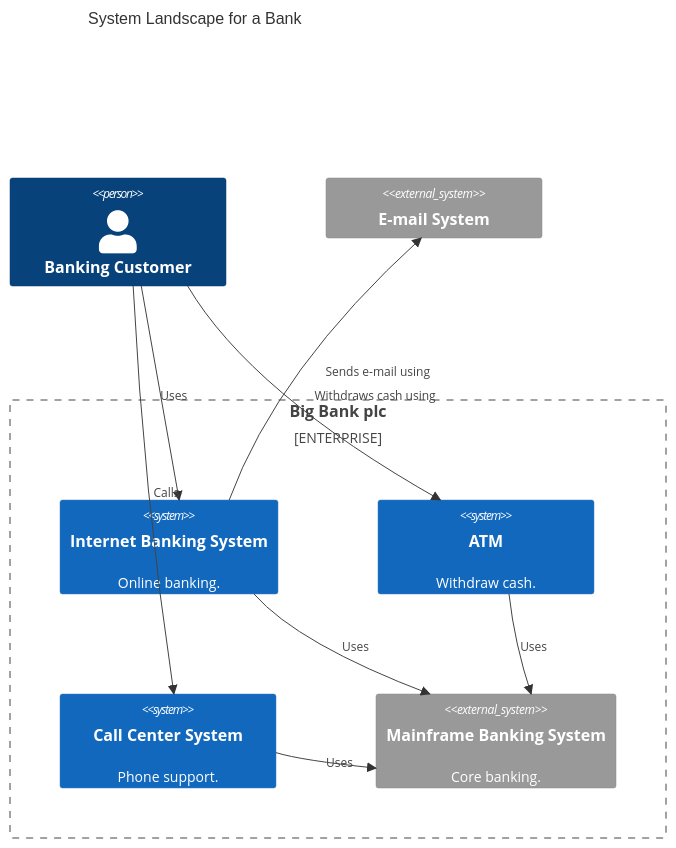
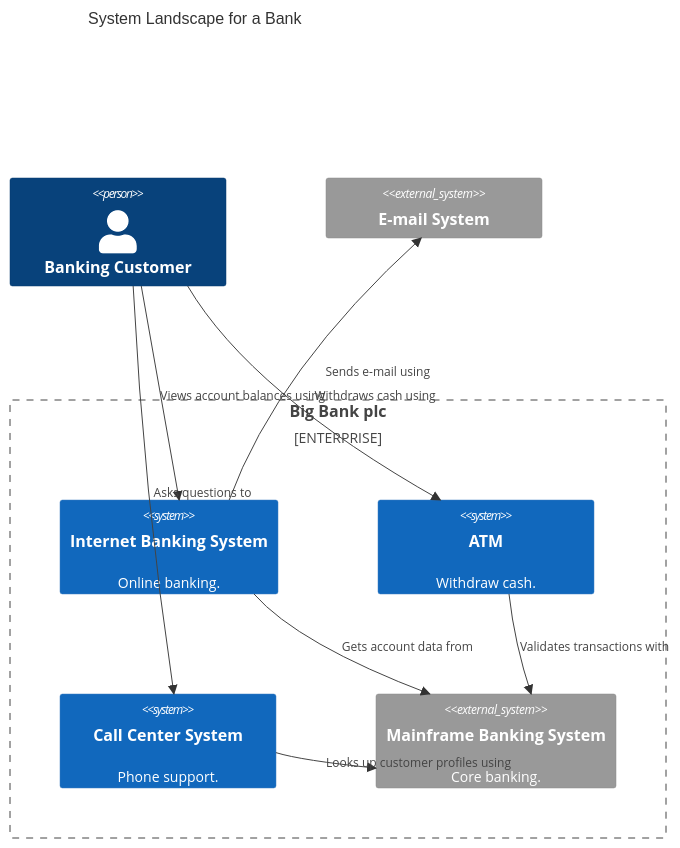
One commit to muthub-ai/c4-skills changed the diagram in c4designer/supporting-diagrams.md. Above: the diagram before and after it, drawn with Mermaid. The commit also changed 14 other files, not shown here.

````diff
--- a/c4designer/supporting-diagrams.md
+++ b/c4designer/supporting-diagrams.md
@@ -18,23 +18,23 @@
 ```mermaid
 C4Context
     title System Landscape for a Bank
 
     Person(customer, "Banking Customer")
 
     Enterprise_Boundary(bank, "Big Bank plc") {
         System(banking_system, "Internet Banking System", "Online banking.")
         System(atm, "ATM", "Withdraw cash.")
         System(call_center, "Call Center System", "Phone support.")
         System_Ext(mainframe, "Mainframe Banking System", "Core banking.")
     }
 
     System_Ext(mail, "E-mail System")
 
-    Rel(customer, banking_system, "Uses")
+    Rel(customer, banking_system, "Views account balances using")
     Rel(customer, atm, "Withdraws cash using")
-    Rel(customer, call_center, "Calls")
-    Rel(banking_system, mainframe, "Uses")
-    Rel(atm, mainframe, "Uses")
-    Rel(call_center, mainframe, "Uses")
+    Rel(customer, call_center, "Asks questions to")
+    Rel(banking_system, mainframe, "Gets account data from")
+    Rel(atm, mainframe, "Validates transactions with")
+    Rel(call_center, mainframe, "Looks up customer profiles using")
     Rel(banking_system, mail, "Sends e-mail using")
 ```
````
